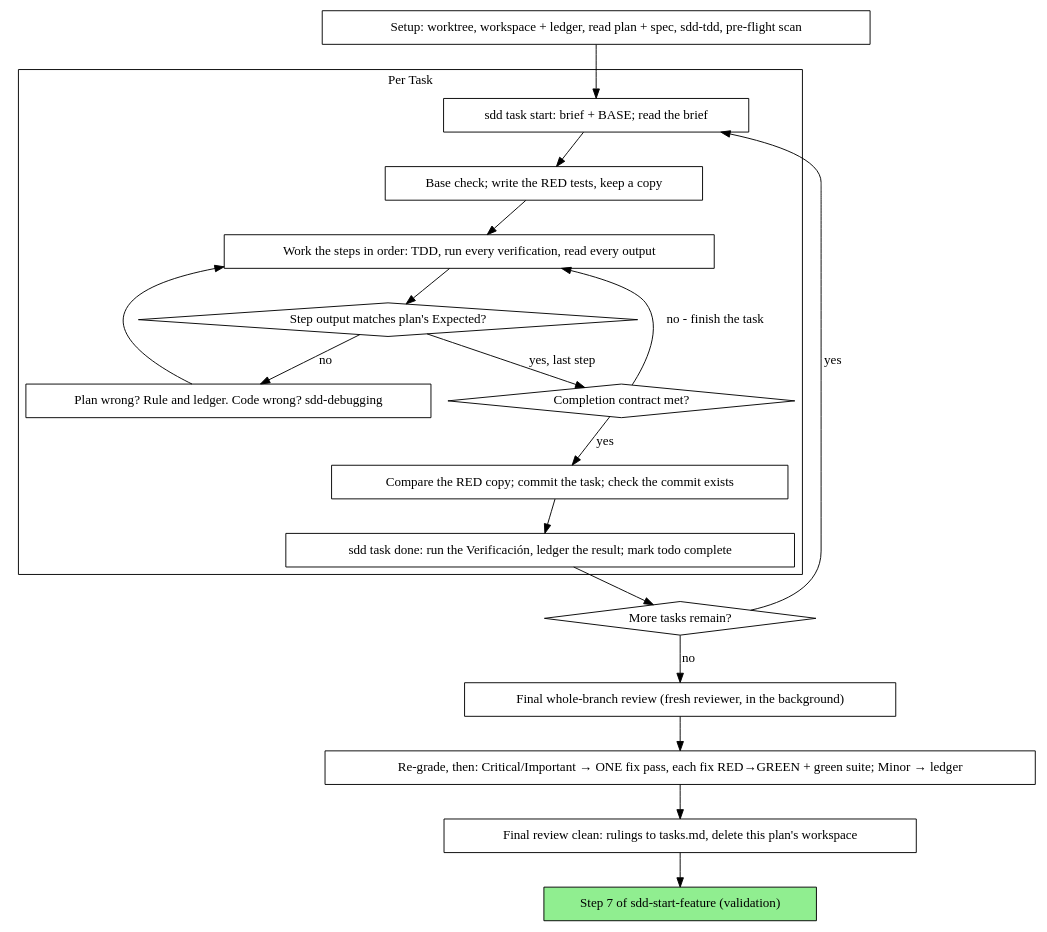
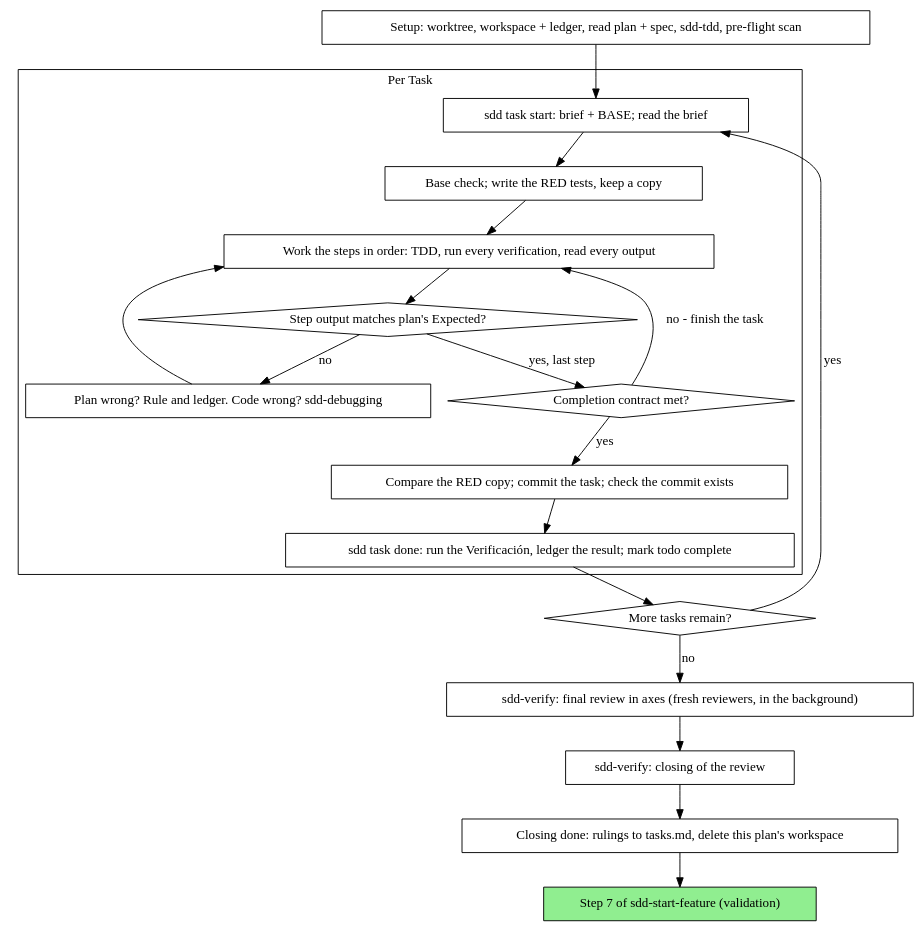
One commit to pikachumetal/sdd-kit changed the first of 2 diagrams in skills/sdd-implement/SKILL.md. Above: the diagram before and after it, drawn with Graphviz. The commit also changed other lines of this file and 123 other files, not shown here.

First line of the commit message:
feat(sdd-verify): la revisión final sale por ejes

````diff
--- a/skills/sdd-implement/SKILL.md
+++ b/skills/sdd-implement/SKILL.md
@@ -50,41 +50,41 @@
 ```dot
 digraph native {
     rankdir=TB;
 
     subgraph cluster_per_task {
         label="Per Task";
         "sdd task start: brief + BASE; read the brief" [shape=box];
         "Base check; write the RED tests, keep a copy" [shape=box];
         "Work the steps in order: TDD, run every verification, read every output" [shape=box];
         "Step output matches plan's Expected?" [shape=diamond];
         "Plan wrong? Rule and ledger. Code wrong? sdd-debugging" [shape=box];
         "Completion contract met?" [shape=diamond];
         "Compare the RED copy; commit the task; check the commit exists" [shape=box];
         "sdd task done: run the Verificación, ledger the result; mark todo complete" [shape=box];
     }
 
     "Setup: worktree, workspace + ledger, read plan + spec, sdd-tdd, pre-flight scan" [shape=box];
     "More tasks remain?" [shape=diamond];
-    "Final whole-branch review (fresh reviewer, in the background)" [shape=box];
-    "Re-grade, then: Critical/Important → ONE fix pass, each fix RED→GREEN + green suite; Minor → ledger" [shape=box];
-    "Final review clean: rulings to tasks.md, delete this plan's workspace" [shape=box];
+    "sdd-verify: final review in axes (fresh reviewers, in the background)" [shape=box];
+    "sdd-verify: closing of the review" [shape=box];
+    "Closing done: rulings to tasks.md, delete this plan's workspace" [shape=box];
     "Step 7 of sdd-start-feature (validation)" [shape=box style=filled fillcolor=lightgreen];
 
     "Setup: worktree, workspace + ledger, read plan + spec, sdd-tdd, pre-flight scan" -> "sdd task start: brief + BASE; read the brief";
     "sdd task start: brief + BASE; read the brief" -> "Base check; write the RED tests, keep a copy";
     "Base check; write the RED tests, keep a copy" -> "Work the steps in order: TDD, run every verification, read every output";
     "Work the steps in order: TDD, run every verification, read every output" -> "Step output matches plan's Expected?";
     "Step output matches plan's Expected?" -> "Plan wrong? Rule and ledger. Code wrong? sdd-debugging" [label="no"];
     "Plan wrong? Rule and ledger. Code wrong? sdd-debugging" -> "Work the steps in order: TDD, run every verification, read every output";
     "Step output matches plan's Expected?" -> "Completion contract met?" [label="yes, last step"];
     "Completion contract met?" -> "Work the steps in order: TDD, run every verification, read every output" [label="no - finish the task"];
     "Completion contract met?" -> "Compare the RED copy; commit the task; check the commit exists" [label="yes"];
     "Compare the RED copy; commit the task; check the commit exists" -> "sdd task done: run the Verificación, ledger the result; mark todo complete";
     "sdd task done: run the Verificación, ledger the result; mark todo complete" -> "More tasks remain?";
     "More tasks remain?" -> "sdd task start: brief + BASE; read the brief" [label="yes"];
-    "More tasks remain?" -> "Final whole-branch review (fresh reviewer, in the background)" [label="no"];
-    "Final whole-branch review (fresh reviewer, in the background)" -> "Re-grade, then: Critical/Important → ONE fix pass, each fix RED→GREEN + green suite; Minor → ledger";
-    "Re-grade, then: Critical/Important → ONE fix pass, each fix RED→GREEN + green suite; Minor → ledger" -> "Final review clean: rulings to tasks.md, delete this plan's workspace";
-    "Final review clean: rulings to tasks.md, delete this plan's workspace" -> "Step 7 of sdd-start-feature (validation)";
+    "More tasks remain?" -> "sdd-verify: final review in axes (fresh reviewers, in the background)" [label="no"];
+    "sdd-verify: final review in axes (fresh reviewers, in the background)" -> "sdd-verify: closing of the review";
+    "sdd-verify: closing of the review" -> "Closing done: rulings to tasks.md, delete this plan's workspace";
+    "Closing done: rulings to tasks.md, delete this plan's workspace" -> "Step 7 of sdd-start-feature (validation)";
 }
 ```
````
